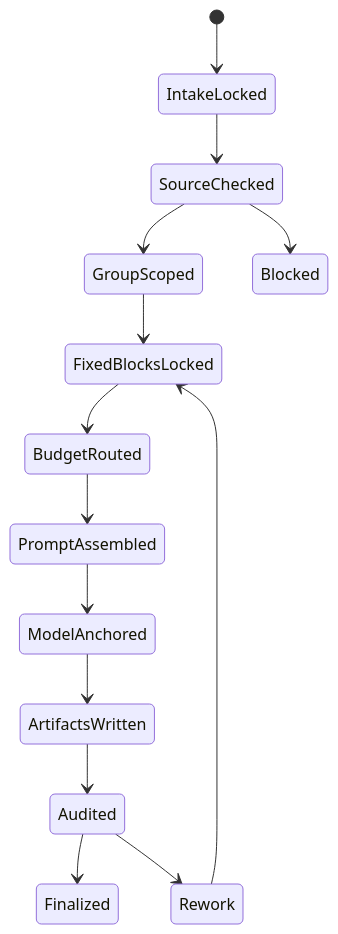
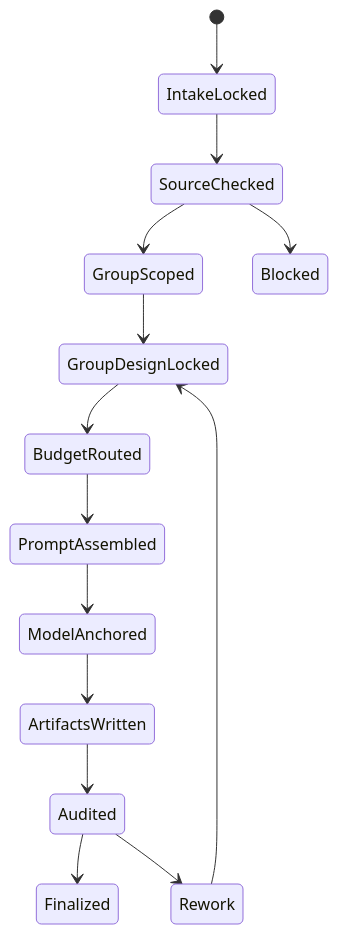
Before and after one commit to ZEN-VOID/AI-CUT: the third of 4 diagrams in .agents/skills/aigc/6-Video/1-提示词蒸馏/全能参照/SKILL.md, drawn with Mermaid. The commit also changed other lines of this file and 118 other files, not shown here.

````diff
--- a/.agents/skills/aigc/6-Video/1-提示词蒸馏/全能参照/SKILL.md
+++ b/.agents/skills/aigc/6-Video/1-提示词蒸馏/全能参照/SKILL.md
@@ -282,16 +292,16 @@
 ```mermaid
 stateDiagram-v2
     [*] --> IntakeLocked
     IntakeLocked --> SourceChecked
     SourceChecked --> GroupScoped
-    GroupScoped --> FixedBlocksLocked
-    FixedBlocksLocked --> BudgetRouted
+    GroupScoped --> GroupDesignLocked
+    GroupDesignLocked --> BudgetRouted
     BudgetRouted --> PromptAssembled
     PromptAssembled --> ModelAnchored
     ModelAnchored --> ArtifactsWritten
     ArtifactsWritten --> Audited
     Audited --> Finalized
     SourceChecked --> Blocked
     Audited --> Rework
-    Rework --> FixedBlocksLocked
+    Rework --> GroupDesignLocked
 ```
````
